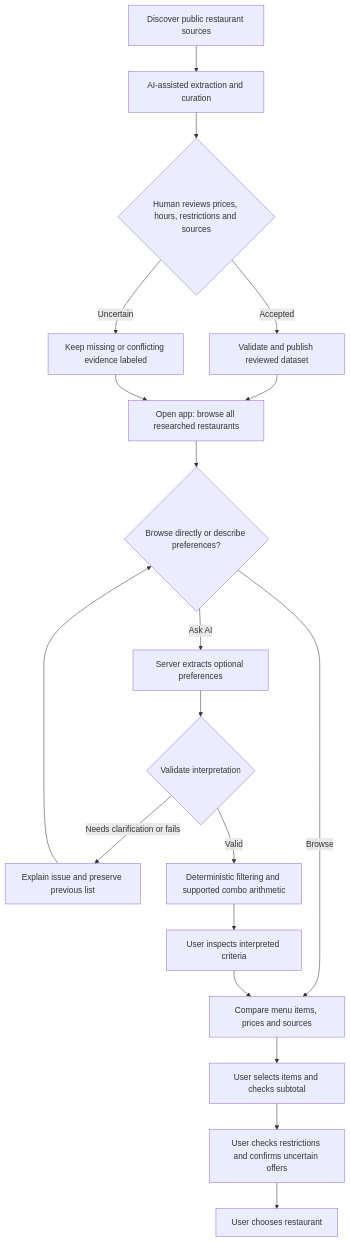
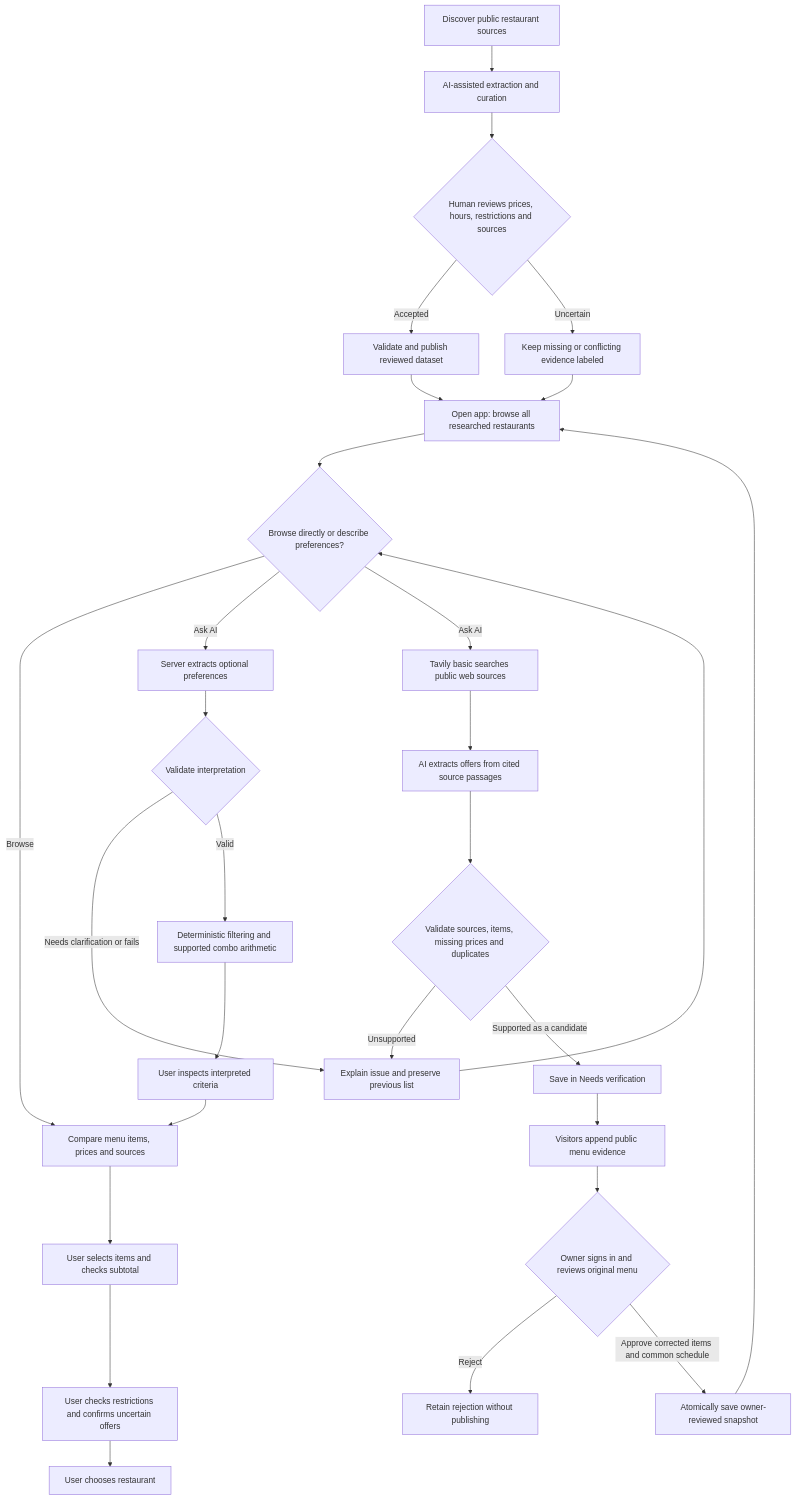
Before and after one commit to knmarquez25/happy-hour-finder-v1: the diagram in docs/final-submission.md, drawn with Mermaid. The commit also changed other lines of this file and 9 other files, not shown here.

Commit message:
Copy discovery evidence from validated source references and bind per-item prices

````diff
--- a/docs/final-submission.md
+++ b/docs/final-submission.md
@@ -29,21 +29,31 @@
 ```mermaid
 flowchart TD
   S[Discover public restaurant sources] --> X[AI-assisted extraction and curation]
   X --> H{Human reviews prices, hours, restrictions and sources}
   H -->|Accepted| D[Validate and publish reviewed dataset]
   H -->|Uncertain| U[Keep missing or conflicting evidence labeled]
   D --> B[Open app: browse all researched restaurants]
   U --> B
   B --> Q{Browse directly or describe preferences?}
   Q -->|Browse| M[Compare menu items, prices and sources]
   Q -->|Ask AI| A[Server extracts optional preferences]
+  Q -->|Ask AI| W[Tavily basic searches public web sources]
+  W --> E[AI extracts offers from cited source passages]
+  E --> T{Validate sources, items, missing prices and duplicates}
+  T -->|Unsupported| R
+  T -->|Supported as a candidate| N[Save in Needs verification]
+  N --> Y[Visitors append public menu evidence]
+  Y --> O{Owner signs in and reviews original menu}
+  O -->|Reject| J[Retain rejection without publishing]
+  O -->|Approve corrected items and common schedule| K[Atomically save owner-reviewed snapshot]
+  K --> B
   A --> V{Validate interpretation}
   V -->|Needs clarification or fails| R[Explain issue and preserve previous list]
   R --> Q
   V -->|Valid| F[Deterministic filtering and supported combo arithmetic]
   F --> I[User inspects interpreted criteria]
   I --> M
   M --> P[User selects items and checks subtotal]
   P --> C[User checks restrictions and confirms uncertain offers]
   C --> Z[User chooses restaurant]
 ```
````
